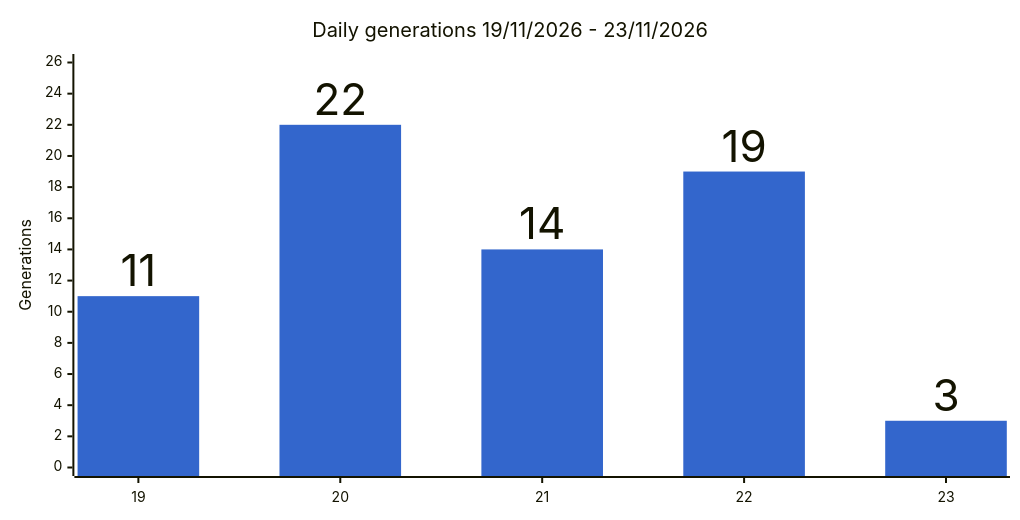
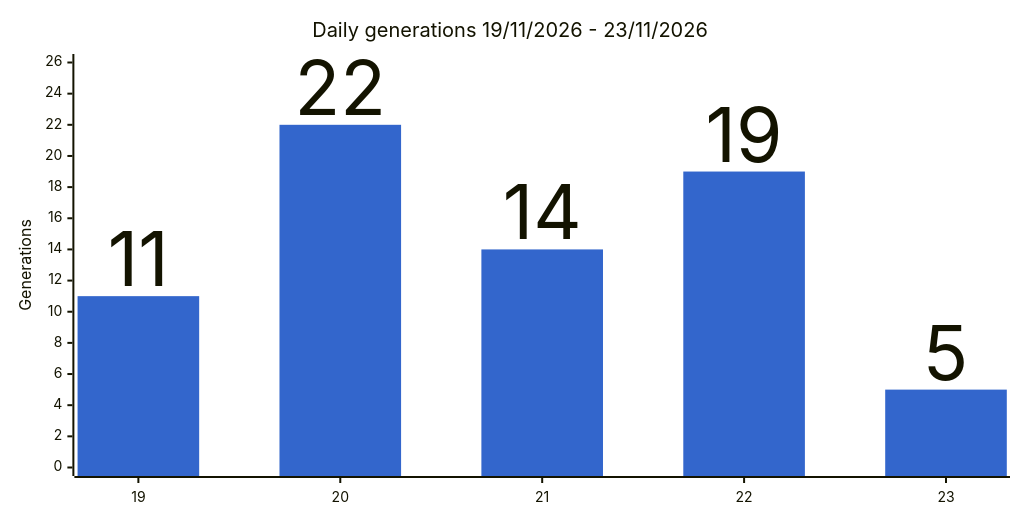
Before and after one commit to gmoulard/wikipedia2book: the second of 4 diagrams in docs/stats.md, drawn with Mermaid. The commit also changed other lines of this file and 2 other files, not shown here.

````diff
--- a/docs/stats.md
+++ b/docs/stats.md
@@ -32,8 +32,8 @@
 ```mermaid
 %%{init: {"xyChart": {"width": 1000, "showDataLabel": true, "showDataLabelOutsideBar": true}, "themeVariables": {"xyChart": {"plotColorPalette": "#3366cc"}}}}%%
 xychart-beta
     title "Daily generations 19/11/2026 - 23/11/2026"
     x-axis ["19", "20", "21", "22", "23"]
     y-axis "Generations" 0 --> 26
-    bar [11, 22, 14, 19, 3]
+    bar [11, 22, 14, 19, 5]
 ```
````
